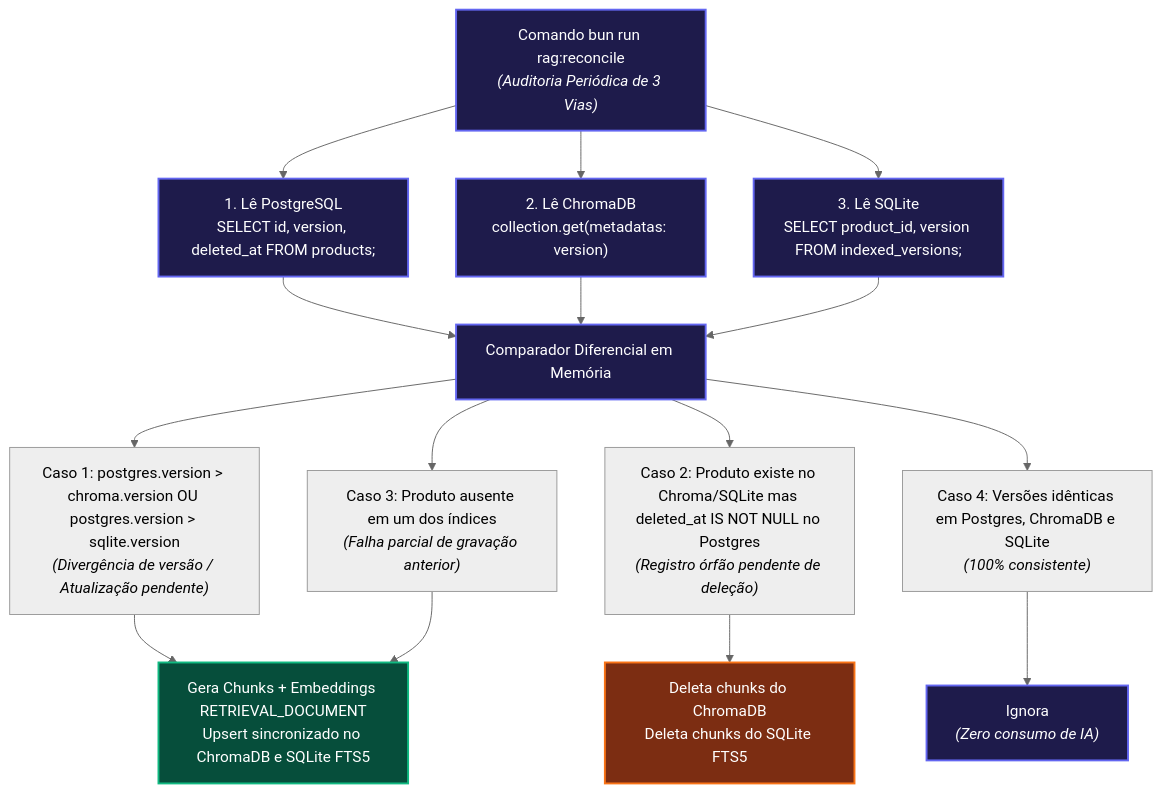
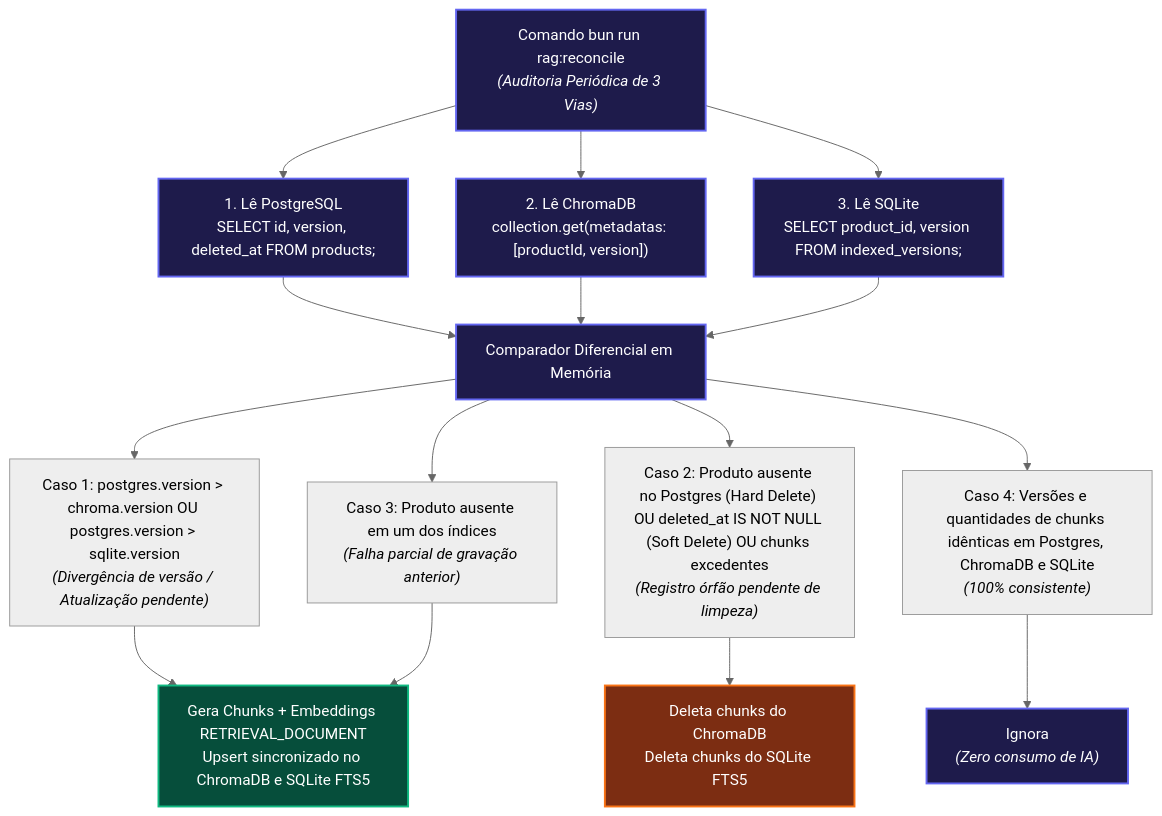
One commit to JoaoPrestes/origem-vinhos changed the fourth of 4 diagrams in docs/specs/spec09-Chatbot_RAG.md. Above: the diagram before and after it, drawn with Mermaid (neutral theme). The commit also changed other lines of this file, not shown here.

Commit message:
docs(spec): apply 7 surgical architectural refinements to spec09

````diff
--- a/docs/specs/spec09-Chatbot_RAG.md
+++ b/docs/specs/spec09-Chatbot_RAG.md
@@ -782,35 +833,35 @@
 ```mermaid
 flowchart TD
     START["Comando bun run rag:reconcile<br><i>(Auditoria Periódica de 3 Vias)</i>"]
     FETCH_PG["1. Lê PostgreSQL<br>SELECT id, version, deleted_at FROM products;"]
-    FETCH_CHROMA["2. Lê ChromaDB<br>collection.get(metadatas: version)"]
+    FETCH_CHROMA["2. Lê ChromaDB<br>collection.get(metadatas: [productId, version])"]
     FETCH_SQLITE["3. Lê SQLite<br>SELECT product_id, version FROM indexed_versions;"]
     
     COMPARE["Comparador Diferencial em Memória"]
     
     D1["Caso 1: postgres.version > chroma.version OU postgres.version > sqlite.version<br><i>(Divergência de versão / Atualização pendente)</i>"]
-    D2["Caso 2: Produto existe no Chroma/SQLite mas deleted_at IS NOT NULL no Postgres<br><i>(Registro órfão pendente de deleção)</i>"]
+    D2["Caso 2: Produto ausente no Postgres (Hard Delete) OU deleted_at IS NOT NULL (Soft Delete) OU chunks excedentes<br><i>(Registro órfão pendente de limpeza)</i>"]
     D3["Caso 3: Produto ausente em um dos índices<br><i>(Falha parcial de gravação anterior)</i>"]
-    D4["Caso 4: Versões idênticas em Postgres, ChromaDB e SQLite<br><i>(100% consistente)</i>"]
+    D4["Caso 4: Versões e quantidades de chunks idênticas em Postgres, ChromaDB e SQLite<br><i>(100% consistente)</i>"]
 
     SYNC["Gera Chunks + Embeddings RETRIEVAL_DOCUMENT<br>Upsert sincronizado no ChromaDB e SQLite FTS5"]
     CLEAN["Deleta chunks do ChromaDB<br>Deleta chunks do SQLite FTS5"]
     OK["Ignora<br><i>(Zero consumo de IA)</i>"]
 
     START --> FETCH_PG & FETCH_CHROMA & FETCH_SQLITE
     FETCH_PG & FETCH_CHROMA & FETCH_SQLITE --> COMPARE
     COMPARE --> D1 & D2 & D3 & D4
     D1 --> SYNC
     D3 --> SYNC
     D2 --> CLEAN
     D4 --> OK
 
     classDef proc fill:#1e1b4b,stroke:#6366f1,stroke-width:2px,color:#ffffff;
     classDef sync fill:#064e3b,stroke:#10b981,stroke-width:2px,color:#ffffff;
     classDef clean fill:#7c2d12,stroke:#f97316,stroke-width:2px,color:#ffffff;
 
     class START,FETCH_PG,FETCH_CHROMA,FETCH_SQLITE,COMPARE proc;
     class SYNC sync;
     class CLEAN clean;
     class OK proc;
 ```
````
